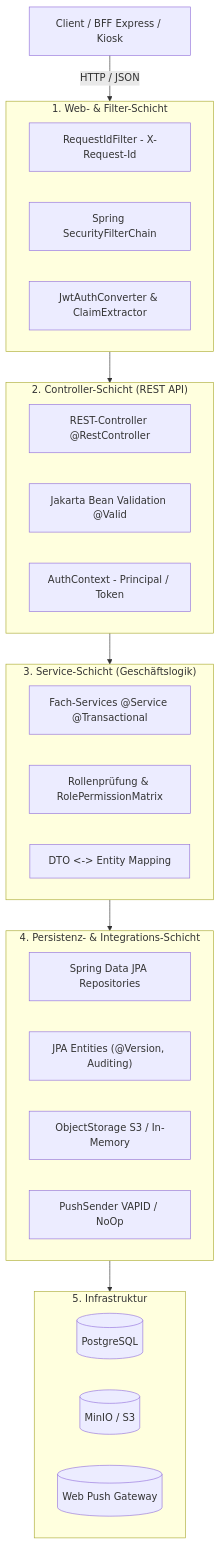
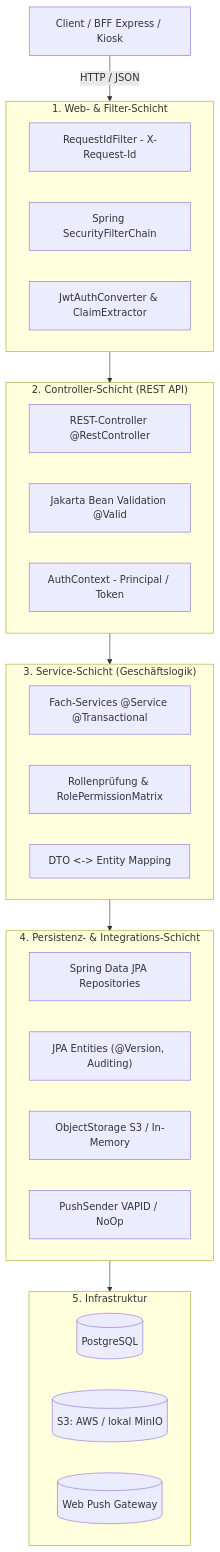
One commit to damaurer/vereint changed the first of 2 diagrams in docs/baseservice/02-architecture-and-layers.md. Above: the diagram before and after it, drawn with Mermaid. The commit also changed 32 other files, not shown here.

````diff
--- a/docs/baseservice/02-architecture-and-layers.md
+++ b/docs/baseservice/02-architecture-and-layers.md
@@ -11,40 +11,40 @@
 ```mermaid
 graph TD
   Client[Client / BFF Express / Kiosk] -->|HTTP / JSON| WebLayer
 
   subgraph WebLayer["1. Web- & Filter-Schicht"]
     ReqId[RequestIdFilter - X-Request-Id]
     SecFilter[Spring SecurityFilterChain]
     Conv[JwtAuthConverter & ClaimExtractor]
   end
 
   subgraph RestLayer["2. Controller-Schicht (REST API)"]
     Ctrl[REST-Controller @RestController]
     Val[Jakarta Bean Validation @Valid]
     AuthCtx[AuthContext - Principal / Token]
   end
 
   subgraph ServiceLayer["3. Service-Schicht (Geschäftslogik)"]
     Svc["Fach-Services @Service @Transactional"]
     SecMatrix["Rollenprüfung & RolePermissionMatrix"]
     Mapping["DTO <-> Entity Mapping"]
   end
 
   subgraph DataLayer["4. Persistenz- & Integrations-Schicht"]
     Repo[Spring Data JPA Repositories]
     Entities["JPA Entities (@Version, Auditing)"]
     ExtStorage[ObjectStorage S3 / In-Memory]
     ExtPush[PushSender VAPID / NoOp]
   end
 
   subgraph InfraLayer["5. Infrastruktur"]
     DB[(PostgreSQL)]
-    S3Store[(MinIO / S3)]
+    S3Store[(S3: AWS / lokal MinIO)]
     PushGw[(Web Push Gateway)]
   end
 
   WebLayer --> RestLayer
   RestLayer --> ServiceLayer
   ServiceLayer --> DataLayer
   DataLayer --> InfraLayer
 ```
````
